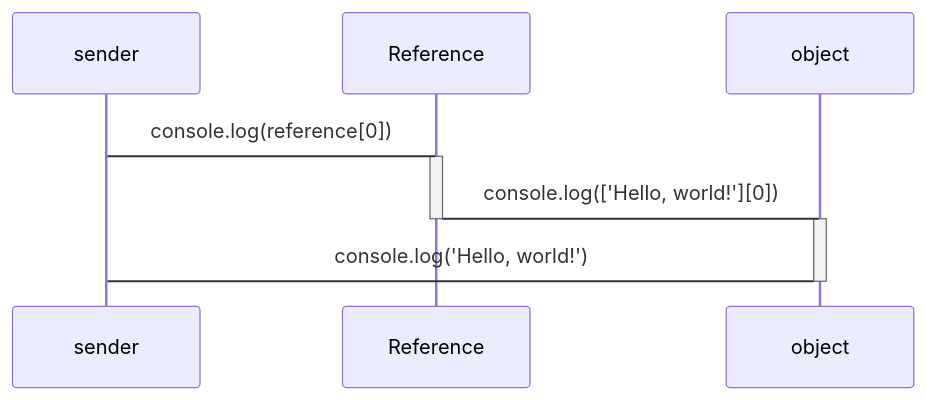
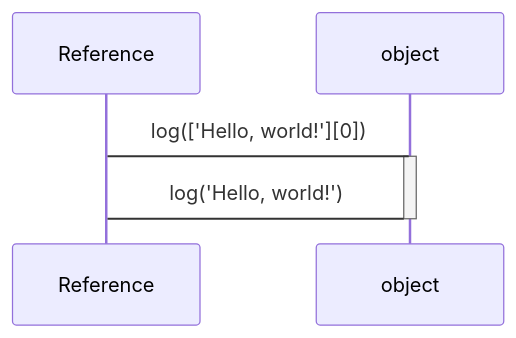
One commit to domrally/peekeasy changed the third of 5 diagrams in README.md. Above: the diagram before and after it, drawn with Mermaid. The commit also changed other lines of this file, not shown here.

````diff
--- a/README.md
+++ b/README.md
@@ -100,10 +101,7 @@
 ```mermaid
 sequenceDiagram
-    sender->Reference: console.log(reference[0])
-    activate Reference
-    Reference->object: console.log(['Hello, world!'][0])
-    deactivate Reference
+    Reference->object: log(['Hello, world!'][0])
     activate object
-    object->sender: console.log('Hello, world!')
+    object->Reference: log('Hello, world!')
     deactivate object
 ```
````
